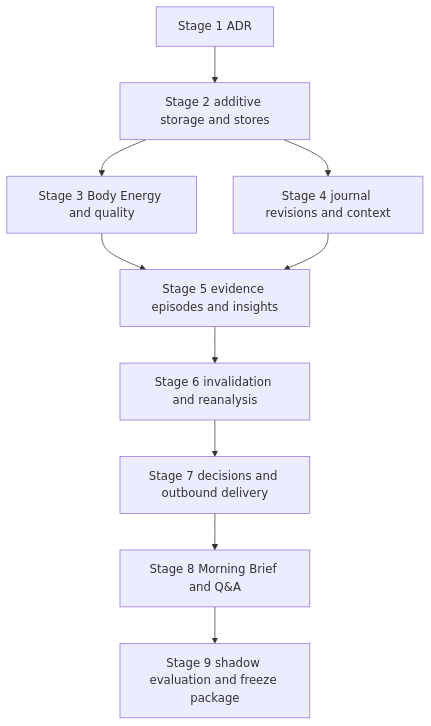
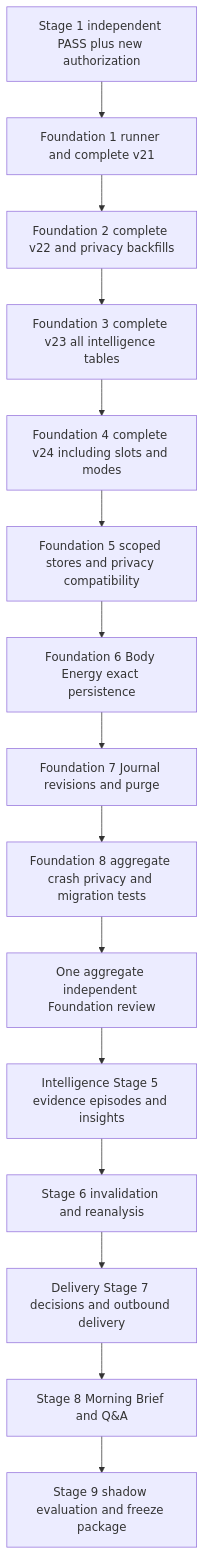
The sixth of 6 diagrams in docs/phase4-architecture.md (enjoyfulwen0204-eng/whoop-briefing), drawn with Mermaid before and after one commit. The commit also changed other lines of this file, not shown here.

Commit message:
docs: finalize phase 4 persistence architecture

```diff
--- a/docs/phase4-architecture.md
+++ b/docs/phase4-architecture.md
@@ -3047,12 +3263,17 @@
 ~~~mermaid
 flowchart TD
-    S1[Stage 1 ADR] --> S2[Stage 2 additive storage and stores]
-    S2 --> S3[Stage 3 Body Energy and quality]
-    S2 --> S4[Stage 4 journal revisions and context]
-    S3 --> S5[Stage 5 evidence episodes and insights]
-    S4 --> S5
+    S1[Stage 1 independent PASS plus new authorization] --> F1[Foundation 1 runner and complete v21]
+    F1 --> F2[Foundation 2 complete v22 and privacy backfills]
+    F2 --> F3[Foundation 3 complete v23 all intelligence tables]
+    F3 --> F4[Foundation 4 complete v24 including slots and modes]
+    F4 --> F5[Foundation 5 scoped stores and privacy compatibility]
+    F5 --> F6[Foundation 6 Body Energy exact persistence]
+    F6 --> F7[Foundation 7 Journal revisions and purge]
+    F7 --> F8[Foundation 8 aggregate crash privacy and migration tests]
+    F8 --> FG[One aggregate independent Foundation review]
+    FG --> S5[Intelligence Stage 5 evidence episodes and insights]
     S5 --> S6[Stage 6 invalidation and reanalysis]
-    S6 --> S7[Stage 7 decisions and outbound delivery]
+    S6 --> S7[Delivery Stage 7 decisions and outbound delivery]
     S7 --> S8[Stage 8 Morning Brief and Q&A]
     S8 --> S9[Stage 9 shadow evaluation and freeze package]
 ~~~
```
